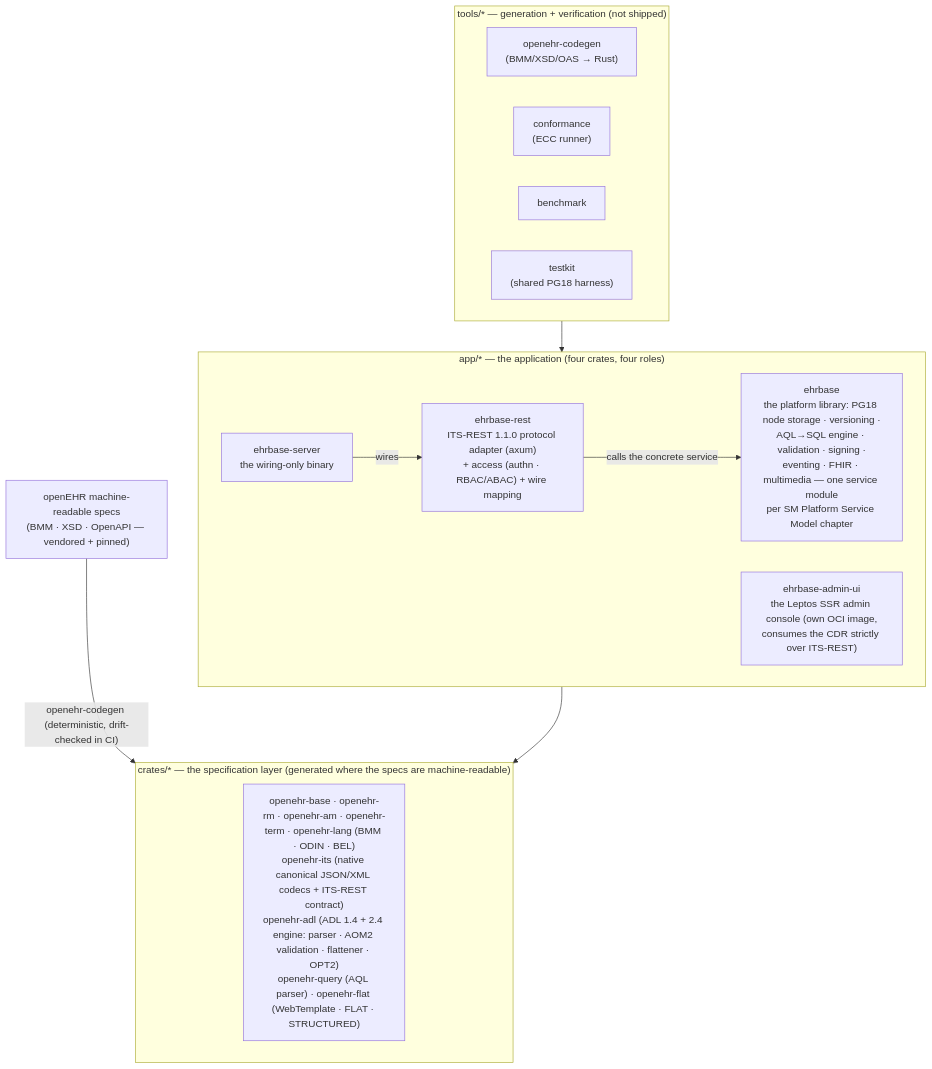
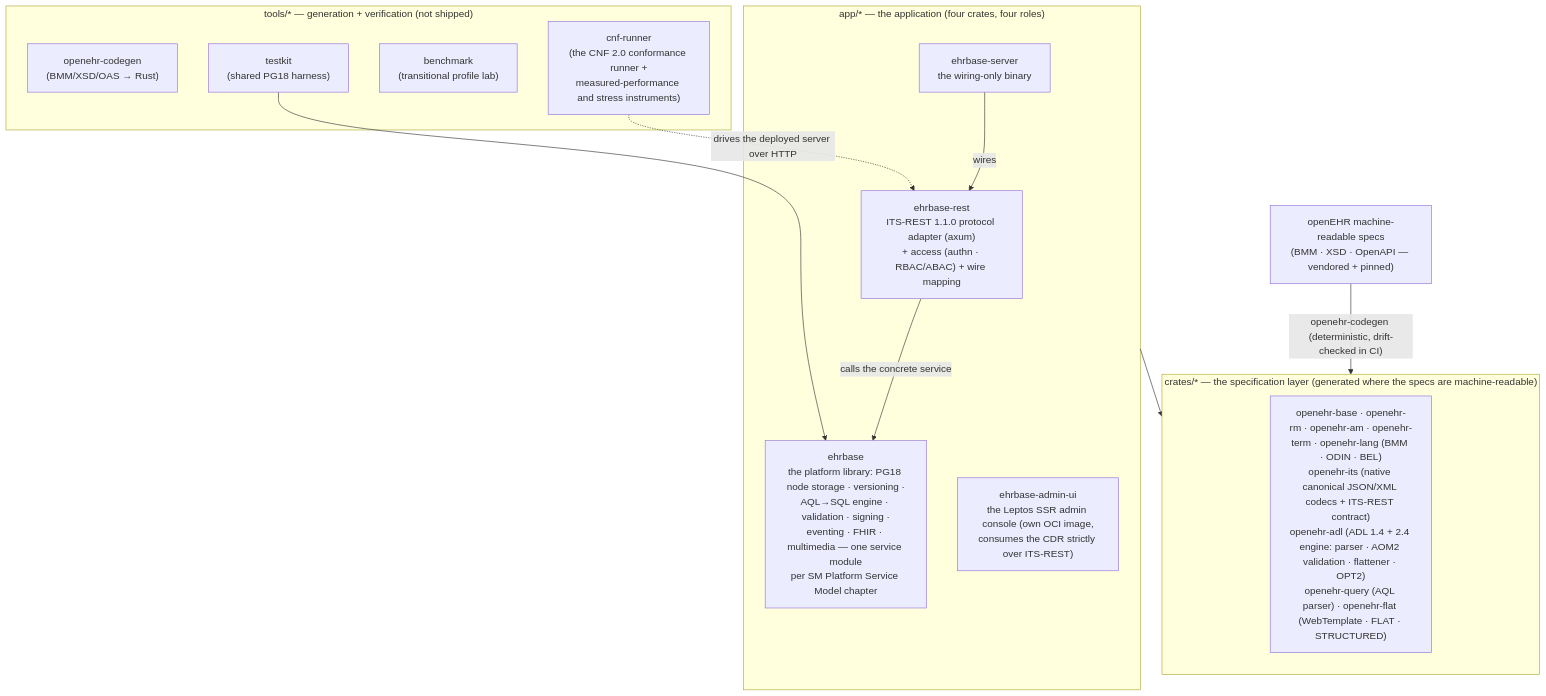
The diagram in README.md (rubentalstra/FerroEHR), drawn with Mermaid before and after one commit. The commit also changed other lines of this file and 6 other files, not shown here.

````diff
--- a/README.md
+++ b/README.md
@@ -215,28 +226,29 @@
 ```mermaid
 flowchart TB
     specs["openEHR machine-readable specs<br/>(BMM · XSD · OpenAPI — vendored + pinned)"]
 
     subgraph crates ["crates/* — the specification layer (generated where the specs are machine-readable)"]
         openehr["openehr-base · openehr-rm · openehr-am · openehr-term · openehr-lang (BMM · ODIN · BEL)<br/>openehr-its (native canonical JSON/XML codecs + ITS-REST contract)<br/>openehr-adl (ADL 1.4 + 2.4 engine: parser · AOM2 validation · flattener · OPT2)<br/>openehr-query (AQL parser) · openehr-flat (WebTemplate · FLAT · STRUCTURED)"]
     end
 
     subgraph app ["app/* — the application (four crates, four roles)"]
         rest["ehrbase-rest<br/>ITS-REST 1.1.0 protocol adapter (axum)<br/>+ access (authn · RBAC/ABAC) + wire mapping"]
         core["ehrbase<br/>the platform library: PG18 node storage · versioning ·<br/>AQL→SQL engine · validation · signing ·<br/>eventing · FHIR · multimedia — one service module<br/>per SM Platform Service Model chapter"]
         bin["ehrbase-server<br/>the wiring-only binary"]
         adminui["ehrbase-admin-ui<br/>the Leptos SSR admin console (own OCI image,<br/>consumes the CDR strictly over ITS-REST)"]
     end
 
     subgraph tools ["tools/* — generation + verification (not shipped)"]
         codegen["openehr-codegen<br/>(BMM/XSD/OAS → Rust)"]
-        conf["conformance<br/>(ECC runner)"]
-        bench["benchmark"]
+        conf["cnf-runner<br/>(the CNF 2.0 conformance runner +<br/>measured-performance and stress instruments)"]
+        bench["benchmark<br/>(transitional profile lab)"]
         testkit["testkit<br/>(shared PG18 harness)"]
     end
 
     specs -- "openehr-codegen (deterministic, drift-checked in CI)" --> crates
     bin -- "wires" --> rest
     rest -- "calls the concrete service" --> core
     app --> crates
-    tools --> app
+    conf -. "drives the deployed server over HTTP" .-> rest
+    testkit --> core
 ```
````
